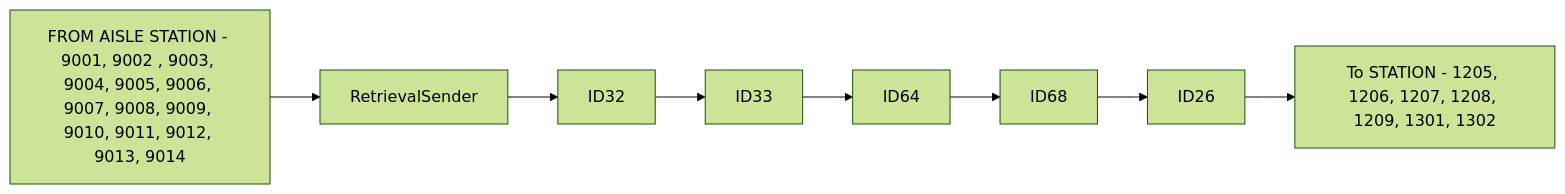
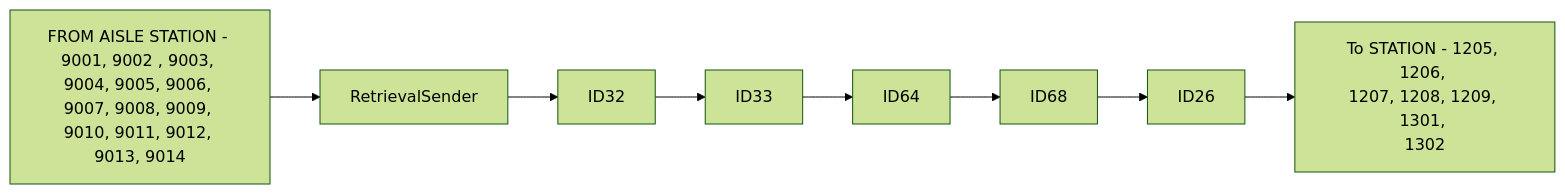
The first of 10 diagrams in Basic-Design/DFD-WMS/Retrieval/Unplanned-Retrieval-from-HP-Area.md (luthfiadityaa/SimeDarby-Wiki), drawn with Mermaid (forest theme) before and after one commit.

Commit message:
Updated Unplanned Retrieval from HP Area

```diff
--- a/Basic-Design/DFD-WMS/Retrieval/Unplanned-Retrieval-from-HP-Area.md
+++ b/Basic-Design/DFD-WMS/Retrieval/Unplanned-Retrieval-from-HP-Area.md
@@ -5,5 +5,7 @@
 ::: mermaid
 flowchart LR
   
-P1[FROM AISLE STATION - 9001, 9002 , 9003, 9004, 9005, 9006, 9007, 9008, 9009, 9010, 9011, 9012, 9013, 9014]-->P2[RetrievalSender]-->P3[ID32]-->P4[ID33]-->P5[ID64]-->P6[ID68]-->P7[ID26]-->P8[To STATION - 1205, 1206, 1207, 1208, 1209, 1301, 1302] 
+P1[FROM AISLE STATION - 9001, 9002 , 9003, 9004, 9005, 9006, 9007, 9008, 9009, 9010, 9011, 9012, 9013, 9014]-->P2[RetrievalSender]-->P3[ID32]-->P4[ID33]-->P5[ID64]-->P6[ID68]-->P7[ID26]-->P8[To STATION - 1205, 1206, 
+1207, 1208, 1209, 1301, 
+1302] 
 :::
```
